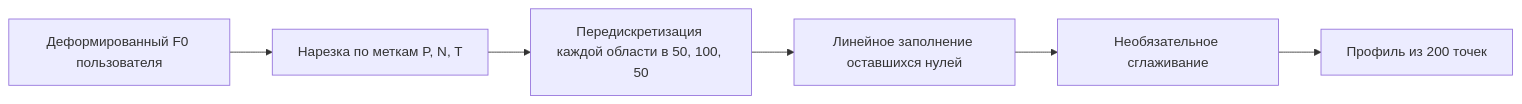
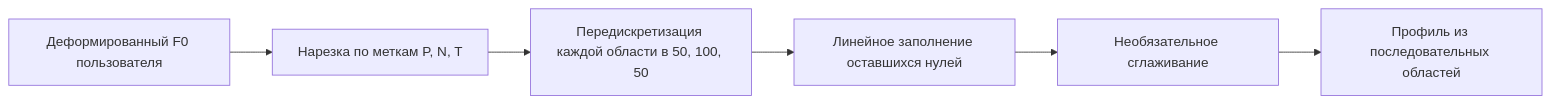
The seventh of 9 diagrams in docs/data_flow_ru.md (zhitko/singing-lessons-trainer), drawn with Mermaid before and after one commit. The commit also changed other lines of this file and 12 other files, not shown here.

````diff
--- a/docs/data_flow_ru.md
+++ b/docs/data_flow_ru.md
@@ -200,8 +197,8 @@
 ```mermaid
 flowchart LR
     F0w["Деформированный F0 пользователя"] --> Seg["Нарезка по меткам P, N, T"]
     Seg --> Rs["Передискретизация каждой области в 50, 100, 50"]
     Rs --> Fill["Линейное заполнение оставшихся нулей"]
     Fill --> Sm["Необязательное сглаживание"]
-    Sm --> Profile["Профиль из 200 точек"]
+    Sm --> Profile["Профиль из последовательных областей"]
 ```
````
